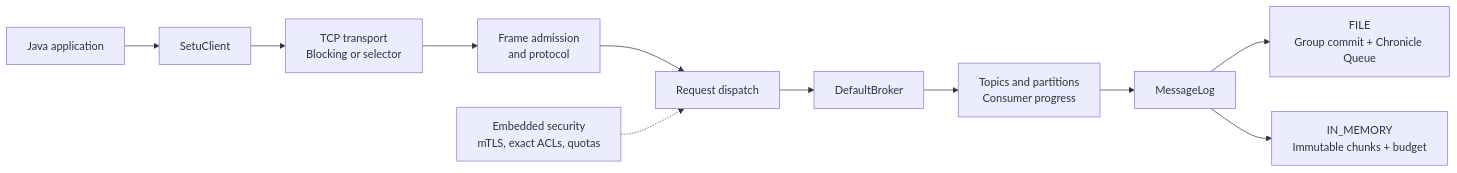
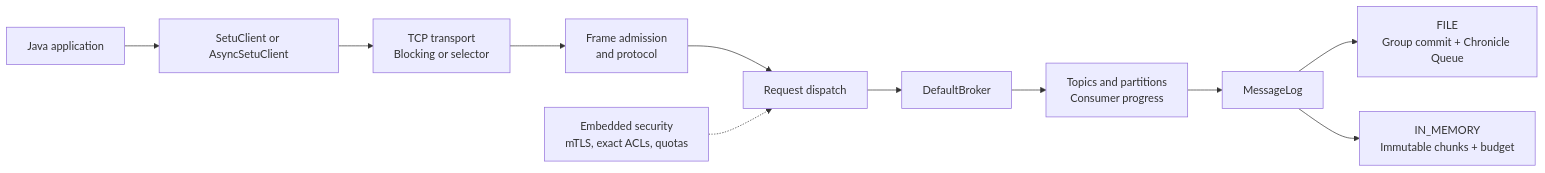
Before and after one commit to RishabhRathi-Dev/Setu: the diagram in README.md, drawn with Mermaid. The commit also changed other lines of this file and 12 other files, not shown here.

````diff
--- a/README.md
+++ b/README.md
@@ -97,13 +118,13 @@
 ```mermaid
 flowchart LR
-    app[Java application] --> client[SetuClient]
+    app[Java application] --> client["SetuClient or AsyncSetuClient"]
     client --> transport["TCP transport<br/>Blocking or selector"]
     transport --> framing["Frame admission<br/>and protocol"]
     framing --> dispatch[Request dispatch]
     dispatch --> broker[DefaultBroker]
     broker --> topics["Topics and partitions<br/>Consumer progress"]
     topics --> logs[MessageLog]
     logs --> file["FILE<br/>Group commit + Chronicle Queue"]
     logs --> memory["IN_MEMORY<br/>Immutable chunks + budget"]
     security["Embedded security<br/>mTLS, exact ACLs, quotas"] -.-> dispatch
 ```
````
